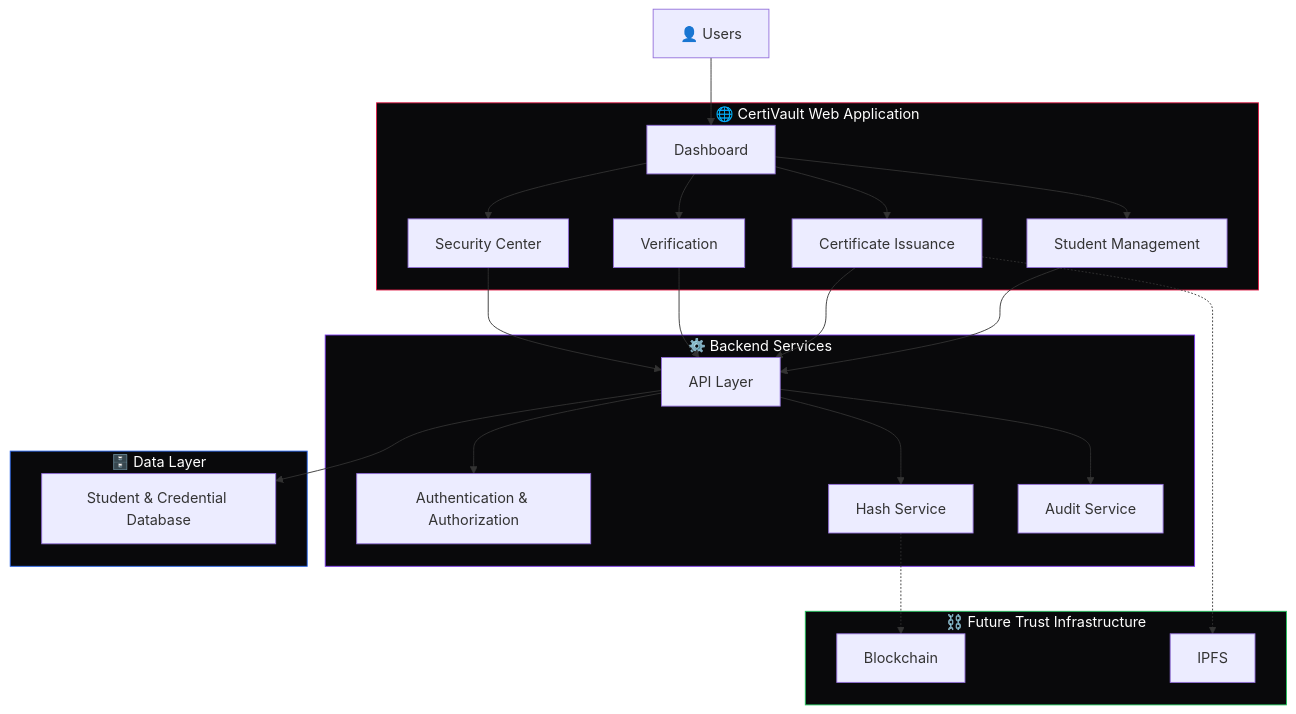
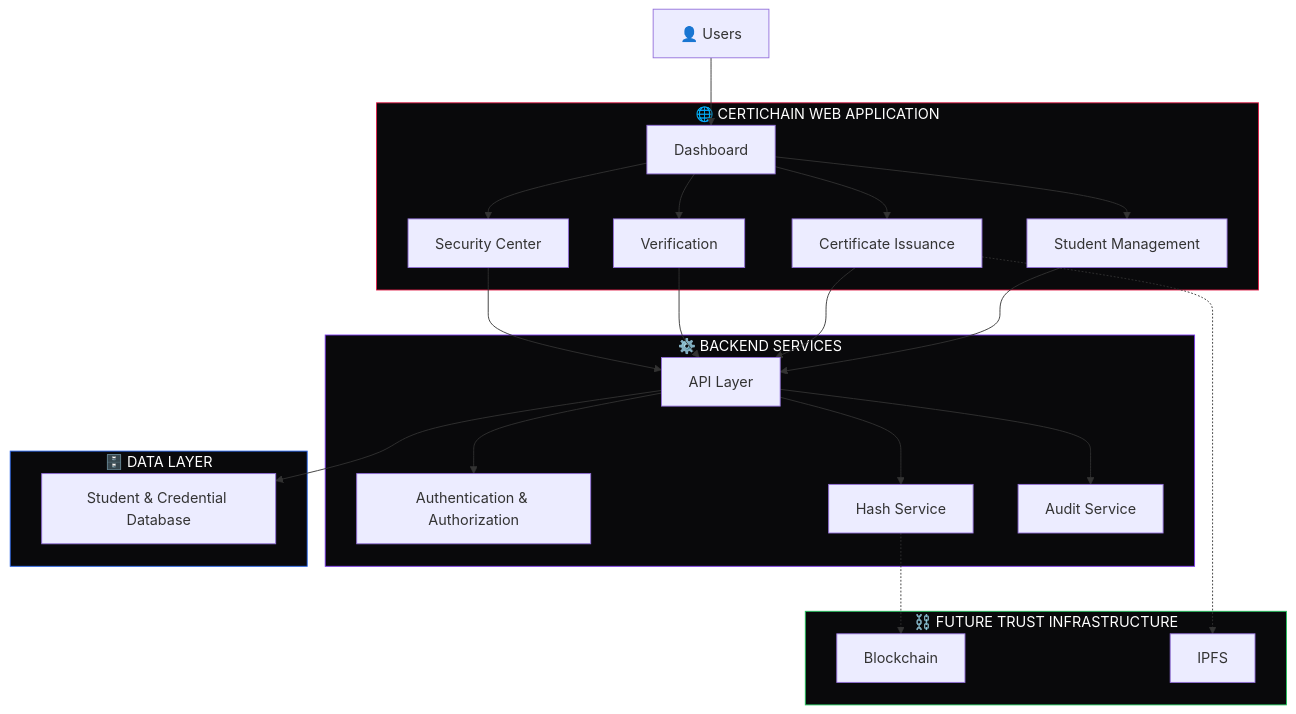
One commit to Arijit07-tech7/CertiChain changed the second of 4 diagrams in README.md. Above: the diagram before and after it, drawn with Mermaid. The commit also changed other lines of this file, not shown here.

Commit message:
Redesign CertiVault README with animated UI and Mermaid architecture

````diff
--- a/README.md
+++ b/README.md
@@ -321,53 +347,62 @@
 ```mermaid
 flowchart TB
 
     U["👤 Users"]
 
-    subgraph FRONTEND["🌐 CertiVault Web Application"]
+    subgraph FRONTEND["🌐 CERTICHAIN WEB APPLICATION"]
+
         UI["Dashboard"]
         ST["Student Management"]
         CI["Certificate Issuance"]
         VE["Verification"]
         SC["Security Center"]
+
     end
 
-    subgraph BACKEND["⚙️ Backend Services"]
+    subgraph BACKEND["⚙️ BACKEND SERVICES"]
+
         API["API Layer"]
         AUTH["Authentication & Authorization"]
         HASH["Hash Service"]
         AUDIT["Audit Service"]
+
     end
 
-    subgraph DATA["🗄️ Data Layer"]
+    subgraph DATA["🗄️ DATA LAYER"]
+
         DB["Student & Credential Database"]
+
     end
 
-    subgraph FUTURE["⛓️ Future Trust Infrastructure"]
+    subgraph FUTURE["⛓️ FUTURE TRUST INFRASTRUCTURE"]
+
         BC["Blockchain"]
         IPFS["IPFS"]
+
     end
 
     U --> UI
+
     UI --> ST
     UI --> CI
     UI --> VE
     UI --> SC
 
     ST --> API
     CI --> API
     VE --> API
     SC --> API
 
     API --> AUTH
     API --> HASH
     API --> AUDIT
     API --> DB
 
     HASH -.-> BC
     CI -.-> IPFS
 
     style FRONTEND fill:#09090B,stroke:#E11D48,color:#fff
     style BACKEND fill:#09090B,stroke:#7C3AED,color:#fff
     style DATA fill:#09090B,stroke:#2563EB,color:#fff
     style FUTURE fill:#09090B,stroke:#22C55E,color:#fff
 ```
````
